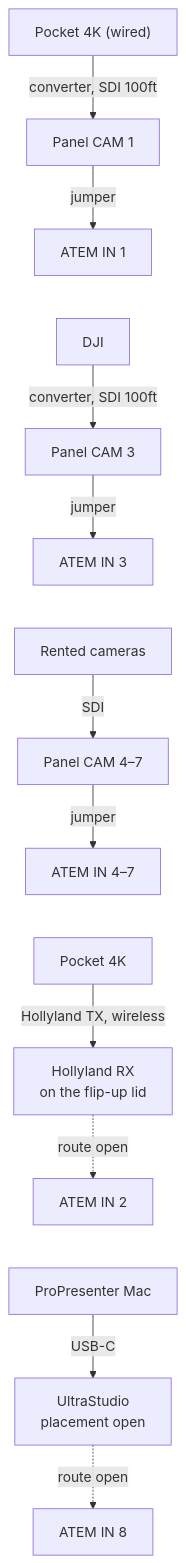
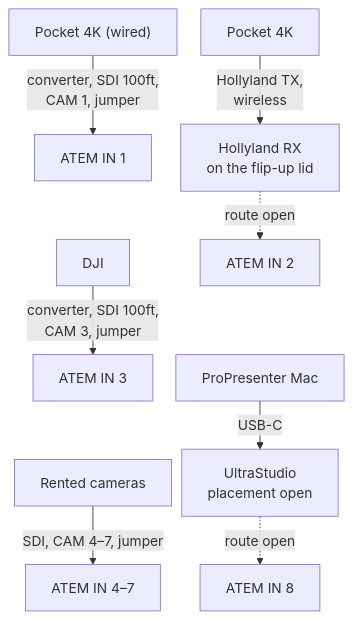
Before and after one commit to samholub/elim-avpro-production-station: the first of 5 diagrams in build/README.md, drawn with Mermaid. The commit also changed other lines of this file and 1 other file, not shown here.

Commit message:
build/README: charts collapsed in <details> and shortened for phones (jacks as edge labels); STATUS

````diff
--- a/build/README.md
+++ b/build/README.md
@@ -55,14 +56,14 @@
 ```mermaid
+%%{init: {"flowchart": {"rankSpacing": 32, "nodeSpacing": 12}}}%%
 flowchart TD
-  P1["Pocket 4K (wired)"] -->|"converter, SDI 100ft"| J1["Panel CAM 1"] -->|"jumper"| A1["ATEM IN 1"]
+  P1["Pocket 4K (wired)"] -->|"converter, SDI 100ft,<br/>CAM 1, jumper"| A1["ATEM IN 1"]
   A1 ~~~ DJ["DJI"]
-  DJ -->|"converter, SDI 100ft"| J3["Panel CAM 3"] -->|"jumper"| A3["ATEM IN 3"]
+  DJ -->|"converter, SDI 100ft,<br/>CAM 3, jumper"| A3["ATEM IN 3"]
   A3 ~~~ RC["Rented cameras"]
-  RC -->|"SDI"| J4["Panel CAM 4–7"] -->|"jumper"| A4["ATEM IN 4–7"]
-  A4 ~~~ P2["Pocket 4K"]
-  P2 -->|"Hollyland TX, wireless"| HR["Hollyland RX<br/>on the flip-up lid"]
-  HR -. "route open" .-> A2["ATEM IN 2"]
+  RC -->|"SDI, CAM 4–7, jumper"| A4["ATEM IN 4–7"]
+  P2["Pocket 4K"] -->|"Hollyland TX,<br/>wireless"| HR["Hollyland RX<br/>on the flip-up lid"]
+  HR -.->|"route open"| A2["ATEM IN 2"]
   A2 ~~~ PP["ProPresenter Mac"]
   PP -->|"USB-C"| US["UltraStudio<br/>placement open"]
-  US -. "route open" .-> A8["ATEM IN 8"]
+  US -.->|"route open"| A8["ATEM IN 8"]
 ```
````
